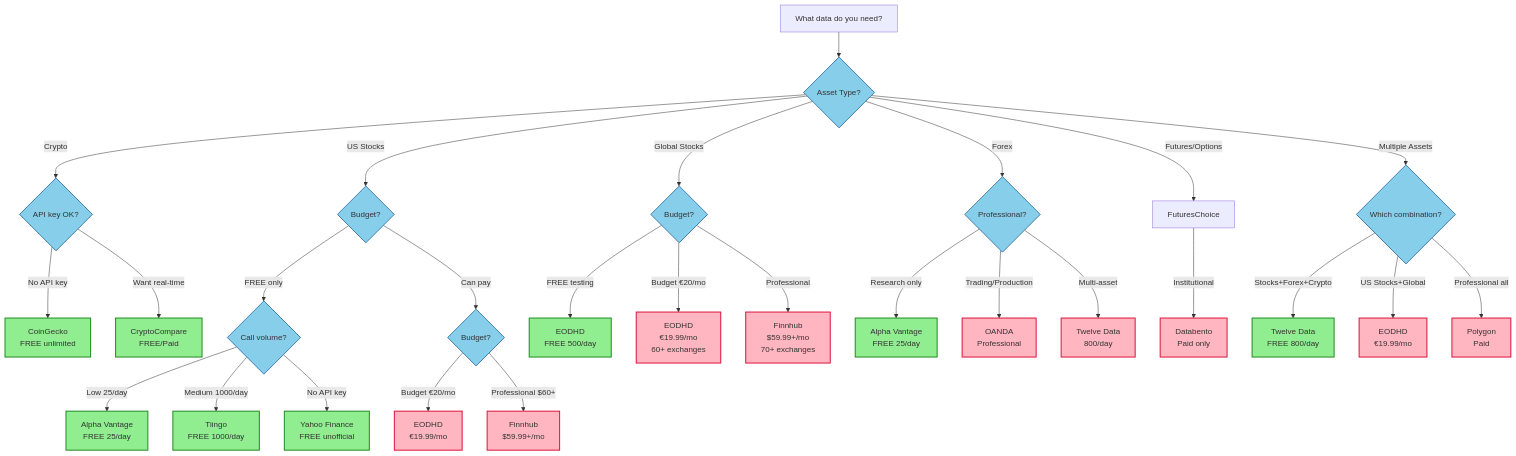
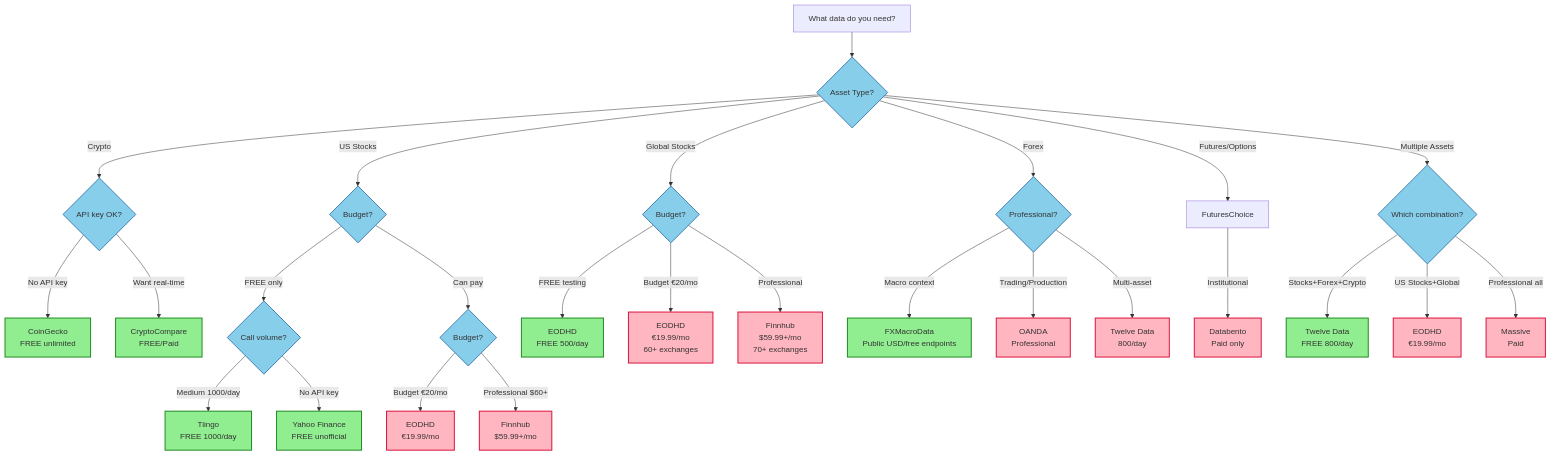
The diagram in docs/provider-selection-guide.md (ml4t/data), drawn with Mermaid before and after one commit. The commit also changed other lines of this file and 22 other files, not shown here.

````diff
--- a/docs/provider-selection-guide.md
+++ b/docs/provider-selection-guide.md
@@ -7,53 +7,52 @@
 ```mermaid
 flowchart TD
     Start[What data do you need?] --> AssetType{Asset Type?}
 
     AssetType -->|Crypto| CryptoChoice{API key OK?}
     AssetType -->|US Stocks| USChoice{Budget?}
     AssetType -->|Global Stocks| GlobalChoice{Budget?}
     AssetType -->|Forex| ForexChoice{Professional?}
     AssetType -->|Futures/Options| FuturesChoice
     AssetType -->|Multiple Assets| MultiChoice{Which combination?}
 
     %% Crypto Path
     CryptoChoice -->|No API key| CoinGecko[CoinGecko<br/>FREE unlimited]
     CryptoChoice -->|Want real-time| CryptoCompare[CryptoCompare<br/>FREE/Paid]
 
     %% US Stocks Path
     USChoice -->|FREE only| USFree{Call volume?}
     USChoice -->|Can pay| USPaid{Budget?}
 
-    USFree -->|Low 25/day| AlphaVantage[Alpha Vantage<br/>FREE 25/day]
     USFree -->|Medium 1000/day| Tiingo[Tiingo<br/>FREE 1000/day]
     USFree -->|No API key| Yahoo[Yahoo Finance<br/>FREE unofficial]
 
     USPaid -->|Budget €20/mo| EODHD[EODHD<br/>€19.99/mo]
     USPaid -->|Professional $60+| Finnhub[Finnhub<br/>$59.99+/mo]
 
     %% Global Stocks Path
     GlobalChoice -->|FREE testing| EODHDFree[EODHD<br/>FREE 500/day]
     GlobalChoice -->|Budget €20/mo| EODHDPaid[EODHD<br/>€19.99/mo<br/>60+ exchanges]
     GlobalChoice -->|Professional| FinnhubGlobal[Finnhub<br/>$59.99+/mo<br/>70+ exchanges]
 
     %% Forex Path
-    ForexChoice -->|Research only| AlphaVantageForex[Alpha Vantage<br/>FREE 25/day]
+    ForexChoice -->|Macro context| FXMacroData[FXMacroData<br/>Public USD/free endpoints]
     ForexChoice -->|Trading/Production| OANDA[OANDA<br/>Professional]
     ForexChoice -->|Multi-asset| TwelveDataForex[Twelve Data<br/>800/day]
 
     %% Futures Path
     FuturesChoice -->|Institutional| Databento[Databento<br/>Paid only]
 
     %% Multi-Asset Path
     MultiChoice -->|Stocks+Forex+Crypto| TwelveData[Twelve Data<br/>FREE 800/day]
     MultiChoice -->|US Stocks+Global| EODHDMulti[EODHD<br/>€19.99/mo]
-    MultiChoice -->|Professional all| PolygonMulti[Polygon<br/>Paid]
+    MultiChoice -->|Professional all| MassiveMulti[Massive<br/>Paid]
 
     %% Style definitions
     classDef freeProvider fill:#90EE90,stroke:#228B22,stroke-width:2px
     classDef paidProvider fill:#FFB6C1,stroke:#DC143C,stroke-width:2px
     classDef decision fill:#87CEEB,stroke:#4682B4,stroke-width:2px
 
-    class CoinGecko,AlphaVantage,Tiingo,Yahoo,EODHDFree,AlphaVantageForex,TwelveData,CryptoCompare freeProvider
-    class EODHD,Finnhub,EODHDPaid,FinnhubGlobal,OANDA,Databento,TwelveDataForex,EODHDMulti,PolygonMulti paidProvider
+    class CoinGecko,Tiingo,Yahoo,EODHDFree,TwelveData,CryptoCompare,FXMacroData freeProvider
+    class EODHD,Finnhub,EODHDPaid,FinnhubGlobal,OANDA,Databento,TwelveDataForex,EODHDMulti,MassiveMulti paidProvider
     class AssetType,CryptoChoice,USChoice,GlobalChoice,ForexChoice,USFree,USPaid,GlobalChoice,ForexChoice,MultiChoice decision
 ```
````
